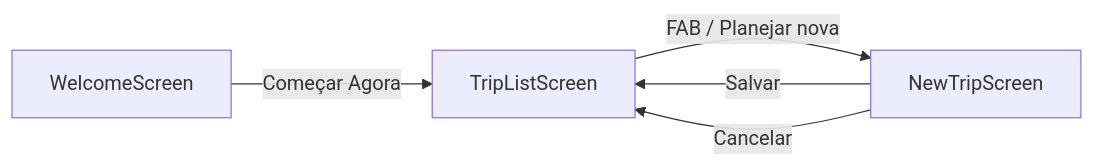
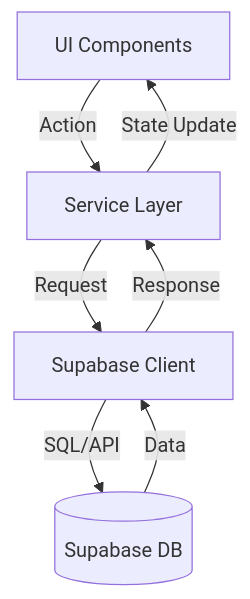
One commit to flutterbrflow/easytravel changed the diagram in doc/02-arquitetura.md. Above: the diagram before and after it, drawn with Mermaid. The commit also changed other lines of this file and 11 other files, not shown here.

````diff
--- a/doc/02-arquitetura.md
+++ b/doc/02-arquitetura.md
@@ -31,7 +43,9 @@
 ```mermaid
-graph LR
-    A[WelcomeScreen] -->|Começar Agora| B[TripListScreen]
-    B -->|FAB / Planejar nova| C[NewTripScreen]
-    C -->|Salvar| B
-    C -->|Cancelar| B
+graph TD
+    A[UI Components] -->|Action| B[Service Layer]
+    B -->|Request| C[Supabase Client]
+    C -->|SQL/API| D[(Supabase DB)]
+    D -->|Data| C
+    C -->|Response| B
+    B -->|State Update| A
 ```
````
